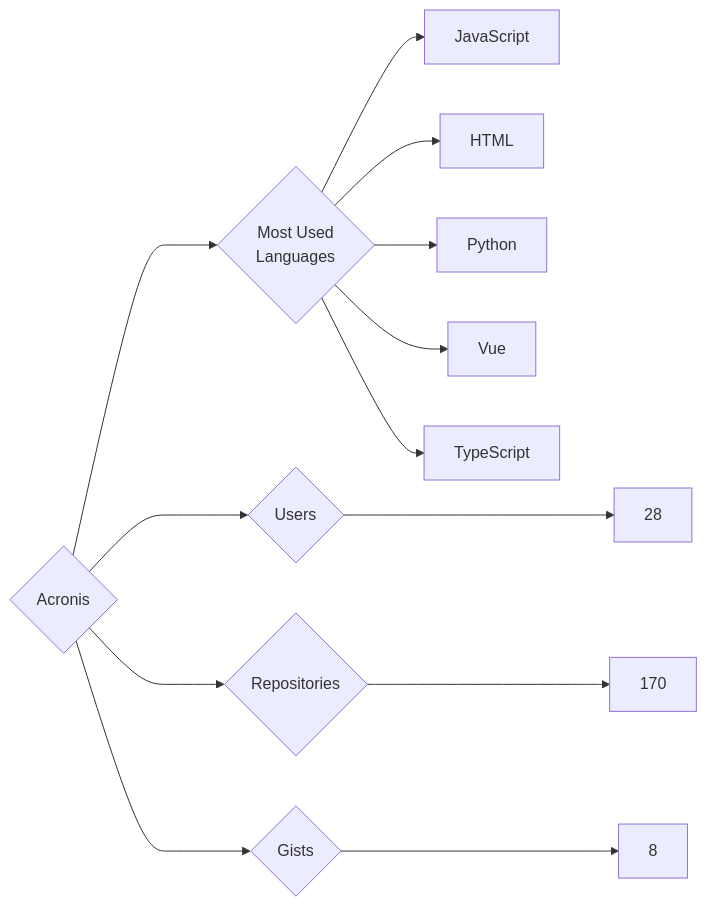
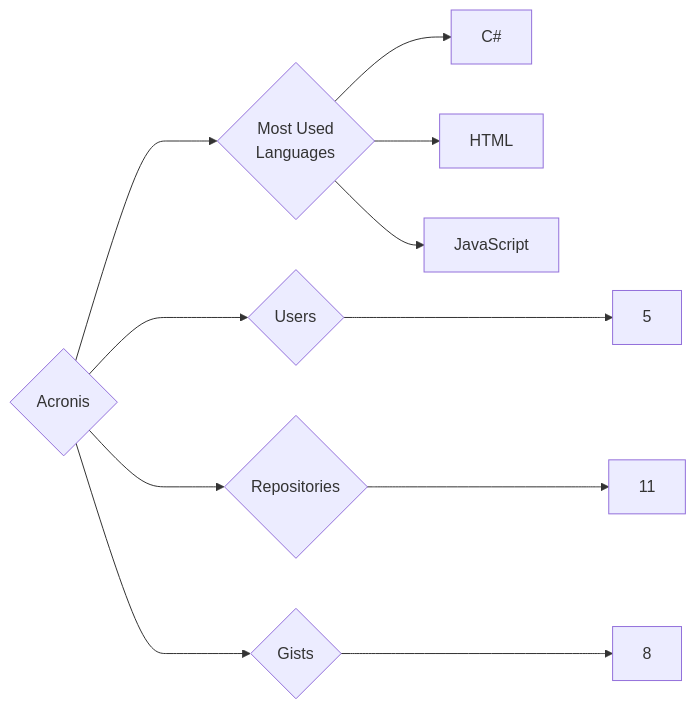
Before and after one commit to trickest/insiders: the diagram in targets/Acronis/README.md, drawn with Mermaid. The commit also changed 745 other files, not shown here.

````diff
--- a/targets/Acronis/README.md
+++ b/targets/Acronis/README.md
@@ -3,13 +3,11 @@
 ```mermaid
 graph LR
 COMPANY_NAME{Acronis}
-COMPANY_NAME ---> U{Users} ---> UN[28]
-COMPANY_NAME ---> R{Repositories} ---> RN[170]
+COMPANY_NAME ---> U{Users} ---> UN[5]
+COMPANY_NAME ---> R{Repositories} ---> RN[11]
 COMPANY_NAME ---> G{Gists} ---> GN[8]
 COMPANY_NAME ---> ML{Most Used<br>Languages}
+ML --> C#[C#]
+ML --> HTML[HTML]
 ML --> JavaScript[JavaScript]
-ML --> HTML[HTML]
-ML --> Python[Python]
-ML --> Vue[Vue]
-ML --> TypeScript[TypeScript]
 ```
````
